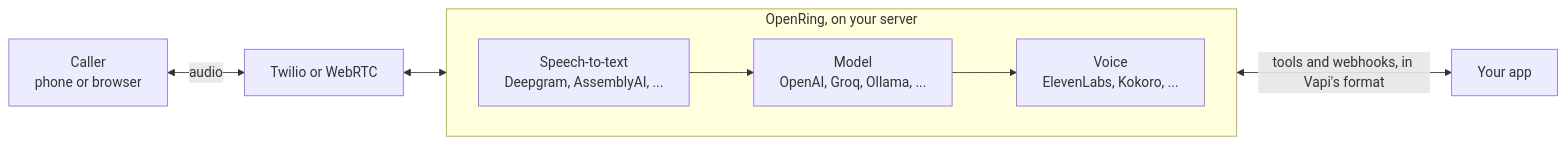
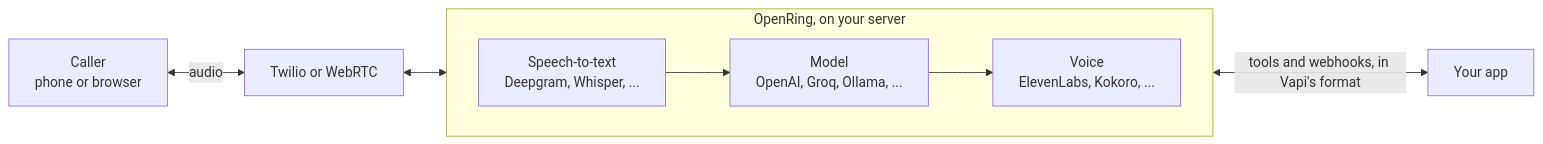
Before and after one commit to Neeraj111010/openring: the diagram in README.md, drawn with Mermaid. The commit also changed other lines of this file and 19 other files, not shown here.

First line of the commit message:
A 100% local, free stack: Whisper speech-to-text, with Ollama and Kokoro

````diff
--- a/README.md
+++ b/README.md
@@ -55,10 +55,10 @@
 ```mermaid
 flowchart LR
   caller["Caller<br/>phone or browser"] <-->|audio| line["Twilio or WebRTC"]
   line <--> openring
   subgraph openring["OpenRing, on your server"]
     direction LR
-    stt["Speech-to-text<br/>Deepgram, AssemblyAI, ..."] --> llm["Model<br/>OpenAI, Groq, Ollama, ..."] --> tts["Voice<br/>ElevenLabs, Kokoro, ..."]
+    stt["Speech-to-text<br/>Deepgram, Whisper, ..."] --> llm["Model<br/>OpenAI, Groq, Ollama, ..."] --> tts["Voice<br/>ElevenLabs, Kokoro, ..."]
   end
   llm <-->|"tools and webhooks, in Vapi's format"| app["Your app"]
 ```
````
